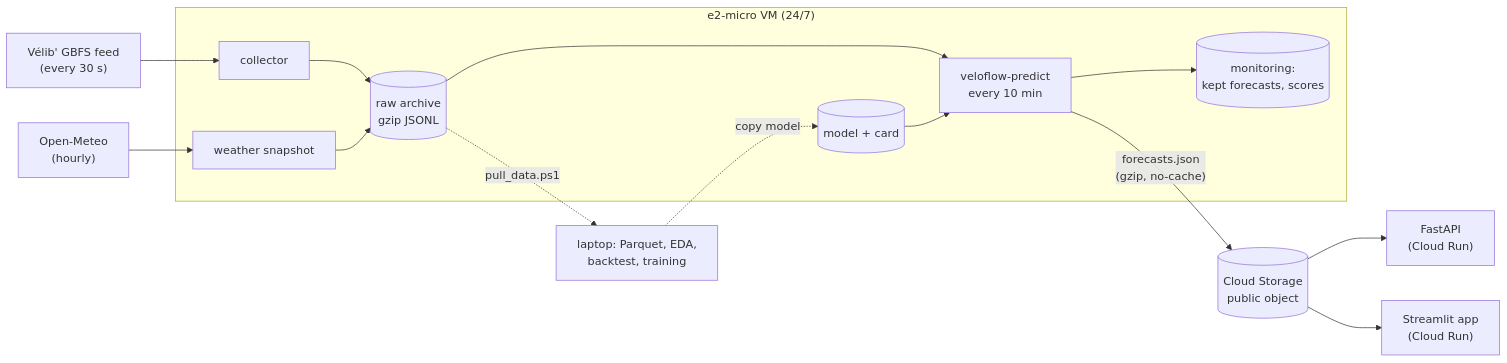
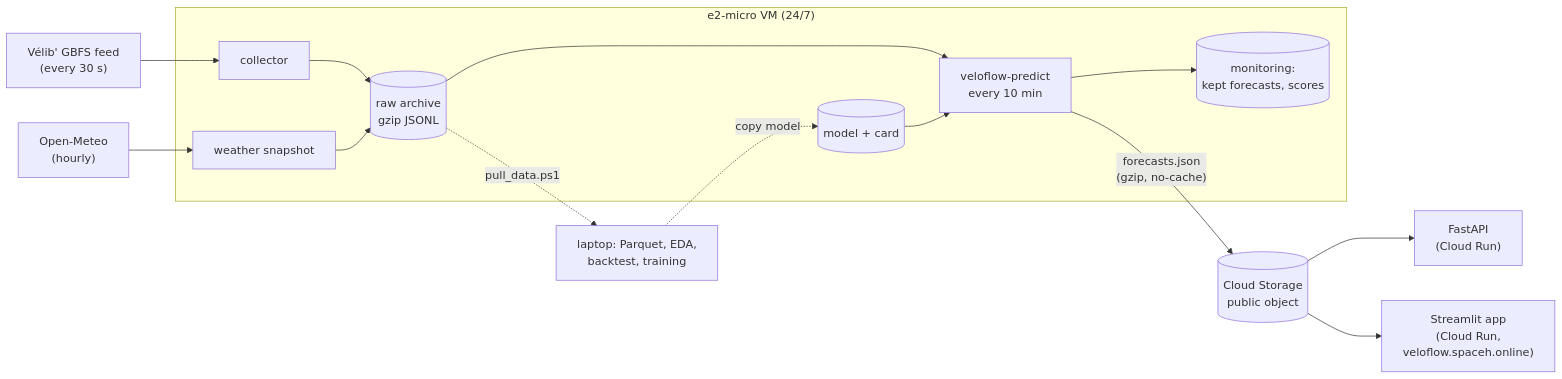
Before and after one commit to HamzaOuba00-1/veloflow: the diagram in README.md, drawn with Mermaid. The commit also changed other lines of this file and 14 other files, not shown here.

````diff
--- a/README.md
+++ b/README.md
@@ -33,17 +40,17 @@
 ```mermaid
 flowchart LR
   GBFS["Vélib' GBFS feed<br/>(every 30 s)"] --> C
   OM["Open-Meteo<br/>(hourly)"] --> W
   subgraph VM["e2-micro VM (24/7)"]
     C["collector"] --> RAW[("raw archive<br/>gzip JSONL")]
     W["weather snapshot"] --> RAW
     RAW --> P["veloflow-predict<br/>every 10 min"]
     M[("model + card")] --> P
     P --> MON[("monitoring:<br/>kept forecasts, scores")]
   end
   P -- "forecasts.json<br/>(gzip, no-cache)" --> GCS[("Cloud Storage<br/>public object")]
   GCS --> API["FastAPI<br/>(Cloud Run)"]
-  GCS --> APP["Streamlit app<br/>(Cloud Run)"]
+  GCS --> APP["Streamlit app<br/>(Cloud Run,<br/>veloflow.spaceh.online)"]
   RAW -. "pull_data.ps1" .-> LAP["laptop: Parquet, EDA,<br/>backtest, training"]
   LAP -. "copy model" .-> M
 ```
````
